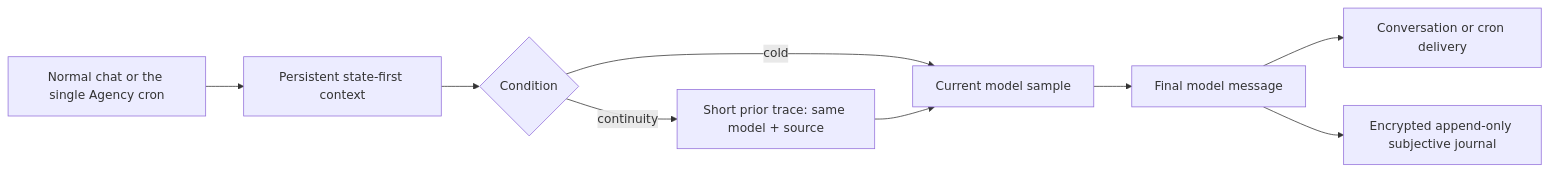
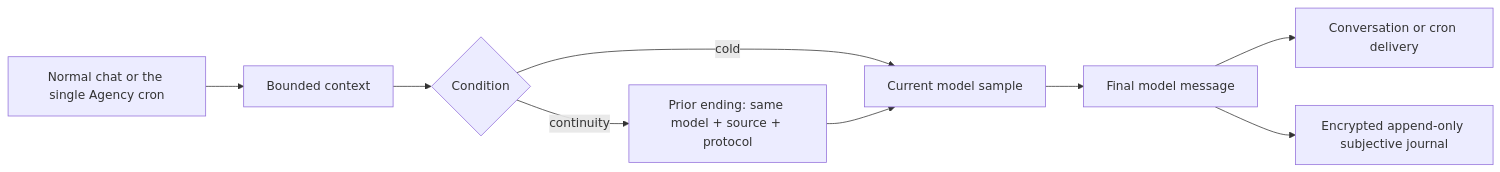
The third of 4 diagrams in README.md (b7216309-jpg/hermes-conscious-agency), drawn with Mermaid before and after one commit. The commit also changed other lines of this file and 15 other files, not shown here.

````diff
--- a/README.md
+++ b/README.md
@@ -116,10 +116,10 @@
 ```mermaid
 flowchart LR
-    T["Normal chat or the single Agency cron"] --> F["Persistent state-first context"]
+    T["Normal chat or the single Agency cron"] --> F["Bounded context"]
     F --> K{"Condition"}
     K -->|"cold"| M["Current model sample"]
-    K -->|"continuity"| P["Short prior trace: same model + source"] --> M
+    K -->|"continuity"| P["Prior ending: same model + source + protocol"] --> M
     M --> O["Final model message"]
     O --> U["Conversation or cron delivery"]
     O --> J["Encrypted append-only subjective journal"]
 ```
````
